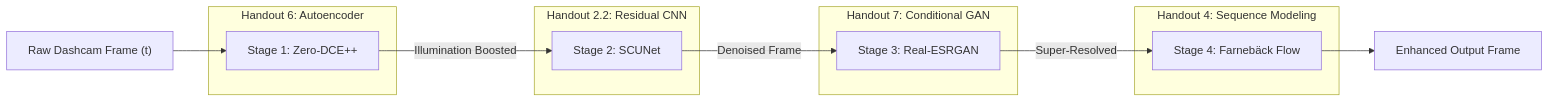
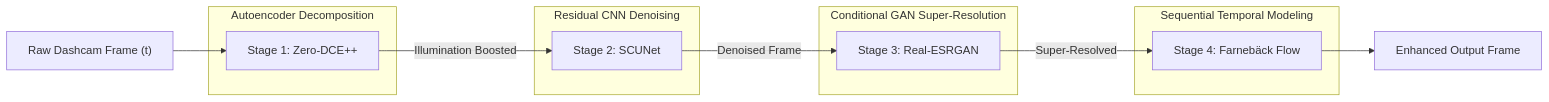
One commit to Ray000i/DashClarity-AI changed the diagram in README.md. Above: the diagram before and after it, drawn with Mermaid. The commit also changed other lines of this file, not shown here.

Commit message:
docs: Remove explicit handout numbering from README, keep syllabus keywords

````diff
--- a/README.md
+++ b/README.md
@@ -114,21 +114,21 @@
 ```mermaid
 flowchart LR
     A["Raw Dashcam Frame (t)"] --> B["Stage 1: Zero-DCE++"]
     B -->|"Illumination Boosted"| C["Stage 2: SCUNet"]
     C -->|"Denoised Frame"| D["Stage 3: Real-ESRGAN"]
     D -->|"Super-Resolved"| E["Stage 4: Farnebäck Flow"]
     E --> F["Enhanced Output Frame"]
     
-    subgraph "Handout 6: Autoencoder"
+    subgraph "Autoencoder Decomposition"
         B
     end
-    subgraph "Handout 2.2: Residual CNN"
+    subgraph "Residual CNN Denoising"
         C
     end
-    subgraph "Handout 7: Conditional GAN"
+    subgraph "Conditional GAN Super-Resolution"
         D
     end
-    subgraph "Handout 4: Sequence Modeling"
+    subgraph "Sequential Temporal Modeling"
         E
     end
 ```
````
